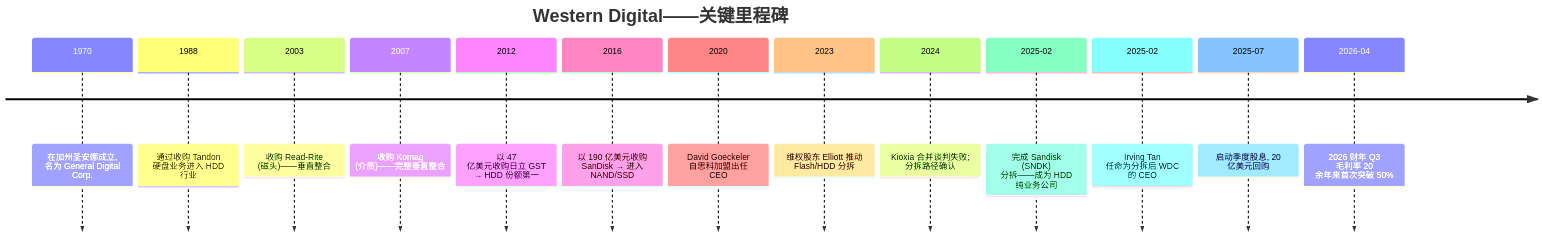
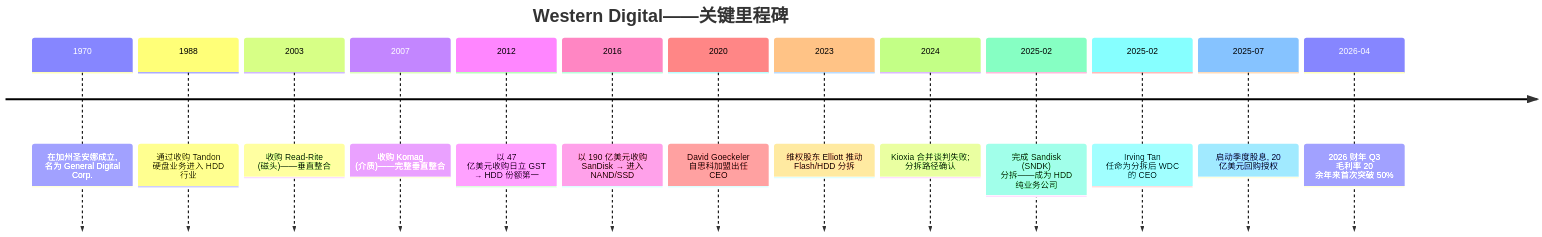
The first of 4 diagrams in reports/company/WesternDigital_NASDAQ_WDC/WesternDigital_NASDAQ_WDC_公司研究.md (dadachundan/financial_agent), drawn with Mermaid before and after one commit. The commit also changed other lines of this file, not shown here.

First line of the commit message:
feat(company-research): refresh Western Digital (WDC) — decision layer + full chart suite

````diff
--- a/reports/company/WesternDigital_NASDAQ_WDC/WesternDigital_NASDAQ_WDC_公司研究.md
+++ b/reports/company/WesternDigital_NASDAQ_WDC/WesternDigital_NASDAQ_WDC_公司研究.md
@@ -65,17 +362,17 @@
 ```mermaid
 timeline
     title Western Digital——关键里程碑
     1970 : 在加州圣安娜成立, 名为 General Digital Corp.
     1988 : 通过收购 Tandon 硬盘业务进入 HDD 行业
     2003 : 收购 Read-Rite (磁头)——垂直整合
     2007 : 收购 Komag (介质)——完整垂直整合
     2012 : 以 47 亿美元收购日立 GST → HDD 份额第一
     2016 : 以 190 亿美元收购 SanDisk → 进入 NAND/SSD
     2020 : David Goeckeler 自思科加盟出任 CEO
     2023 : 维权股东 Elliott 推动 Flash/HDD 分拆
     2024 : Kioxia 合并谈判失败; 分拆路径确认
     2025-02 : 完成 Sandisk (SNDK) 分拆——成为 HDD 纯业务公司
     2025-02 : Irving Tan 任命为分拆后 WDC 的 CEO
-    2025-07 : 启动季度股息, 20 亿美元回购
+    2025-07 : 启动季度股息, 20 亿美元回购授权
     2026-04 : 2026 财年 Q3 毛利率 20 余年来首次突破 50%
 ```
````
